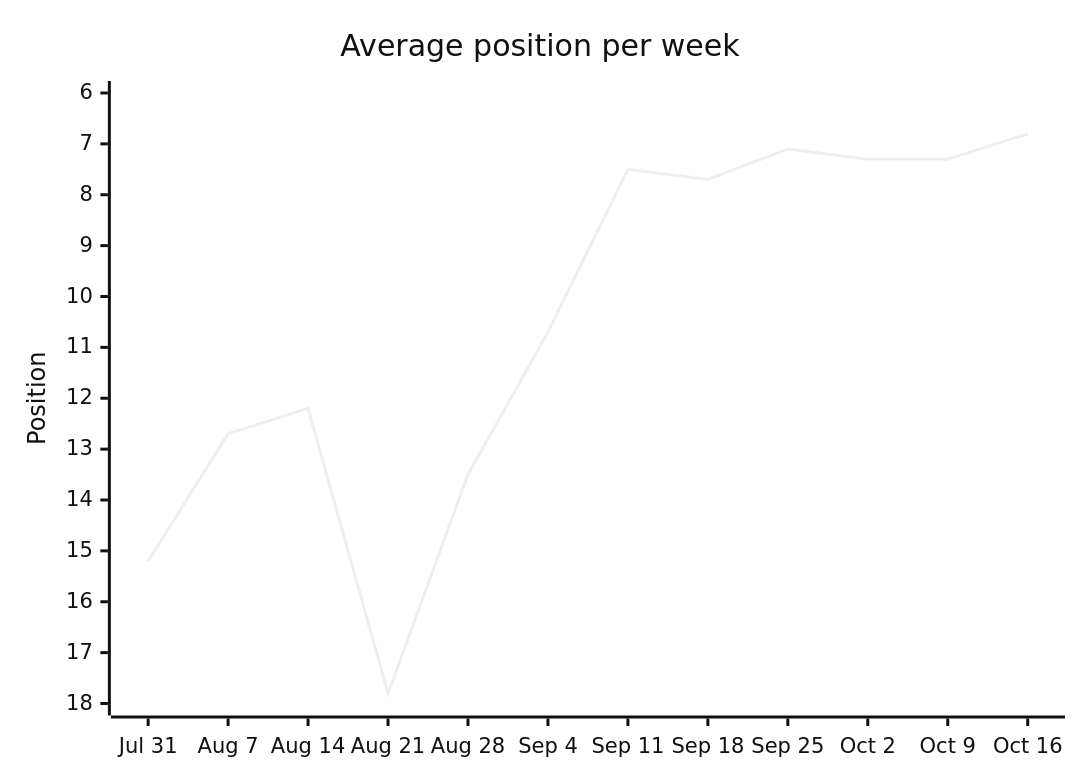
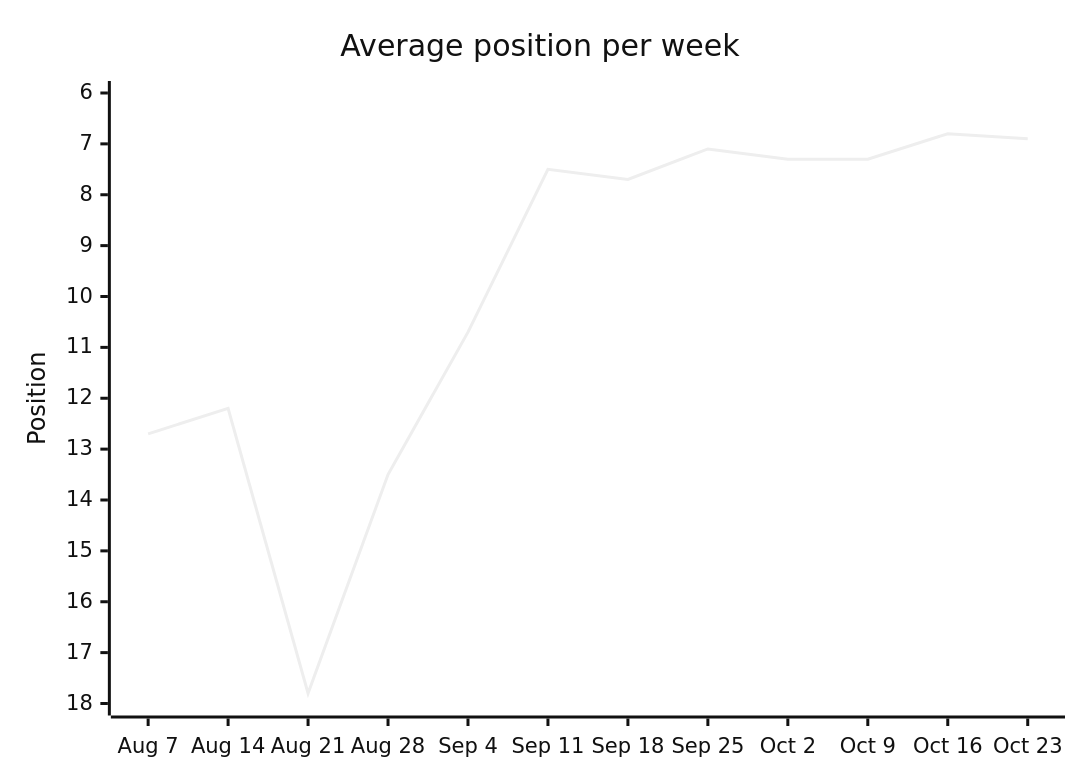
One commit to langx/website changed the third of 13 diagrams in latest.md. Above: the diagram before and after it, drawn with Mermaid (neutral theme). The commit also changed other lines of this file and 2 other files, not shown here.

````diff
--- a/latest.md
+++ b/latest.md
@@ -38,7 +38,7 @@
 ```mermaid
 xychart-beta
   title "Average position per week"
-  x-axis ["Jul 31", "Aug 7", "Aug 14", "Aug 21", "Aug 28", "Sep 4", "Sep 11", "Sep 18", "Sep 25", "Oct 2", "Oct 9", "Oct 16"]
+  x-axis ["Aug 7", "Aug 14", "Aug 21", "Aug 28", "Sep 4", "Sep 11", "Sep 18", "Sep 25", "Oct 2", "Oct 9", "Oct 16", "Oct 23"]
   y-axis "Position" 18 --> 6
-  line [15.2, 12.7, 12.2, 17.8, 13.5, 10.7, 7.5, 7.7, 7.1, 7.3, 7.3, 6.8]
+  line [12.7, 12.2, 17.8, 13.5, 10.7, 7.5, 7.7, 7.1, 7.3, 7.3, 6.8, 6.9]
 ```
````
